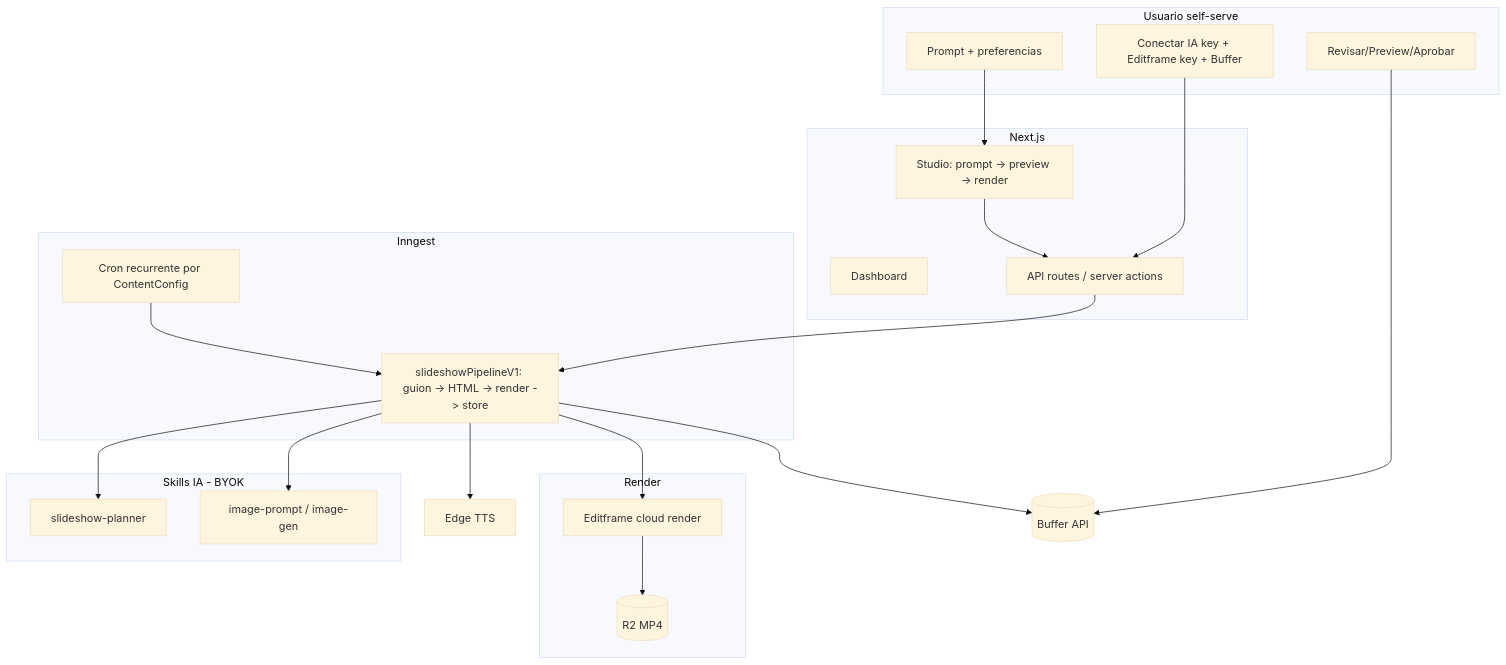
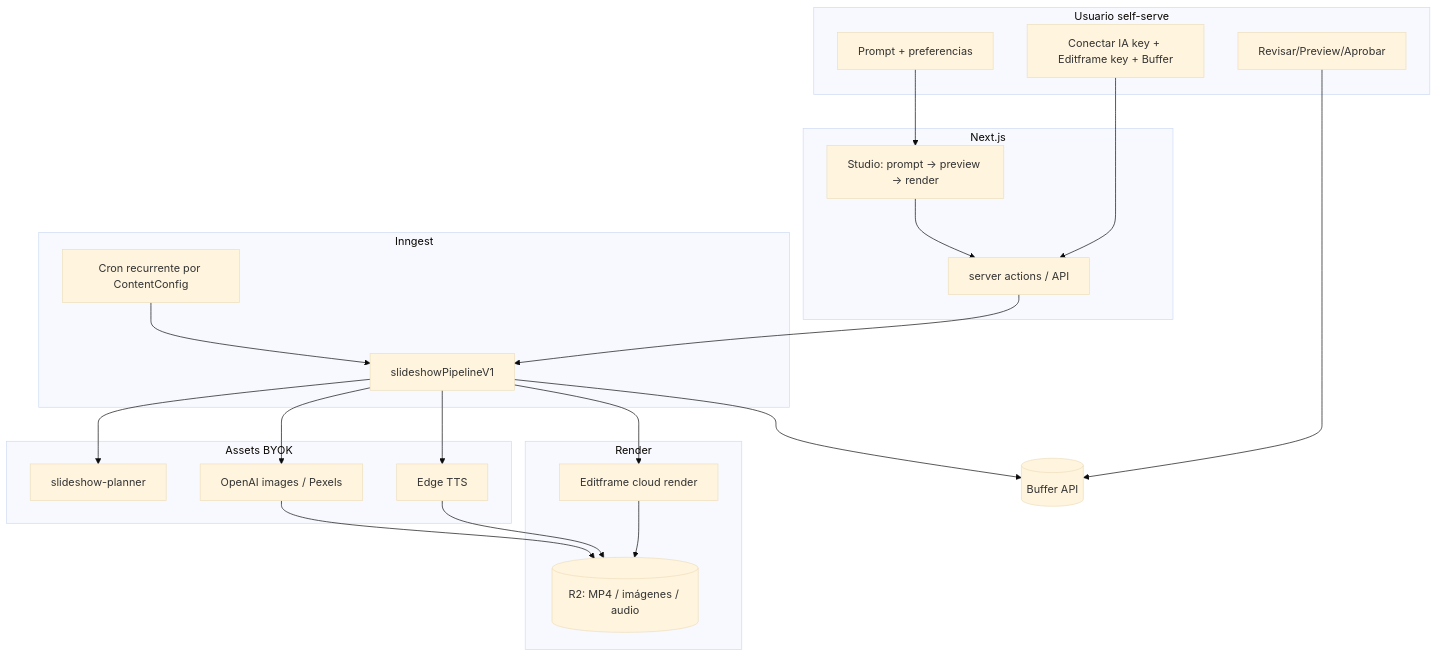
Before and after one commit to LuigiRaffaeleSianoCanoro/FabricaDeContenido: the diagram in docs/PRODUCT_PLAN.md, drawn with Mermaid (base theme). The commit also changed other lines of this file and 1 other file, not shown here.

Commit message:
docs: mark Phase 2 (voice + images) complete and update .env.example

````diff
--- a/docs/PRODUCT_PLAN.md
+++ b/docs/PRODUCT_PLAN.md
@@ -95,36 +98,35 @@
 ```mermaid
 flowchart TB
   subgraph user [Usuario self-serve]
     Prompt[Prompt + preferencias]
     Connect[Conectar IA key + Editframe key + Buffer]
     Review[Revisar/Preview/Aprobar]
   end
   subgraph app [Next.js]
-    UI[Dashboard]
     Studio[Studio: prompt -> preview -> render]
-    API[API routes / server actions]
+    API[server actions / API]
   end
   subgraph orch [Inngest]
     Cron[Cron recurrente por ContentConfig]
-    Pipe[slideshowPipelineV1: guion -> HTML -> render -> store]
+    Pipe[slideshowPipelineV1]
   end
-  subgraph skills [Skills IA - BYOK]
+  subgraph assets [Assets BYOK]
     Plan2[slideshow-planner]
-    Img[image-prompt / image-gen]
+    Img[OpenAI images / Pexels]
+    TTS[Edge TTS]
   end
   subgraph render [Render]
     EF[Editframe cloud render]
-    R2[(R2 MP4)]
+    R2[(R2: MP4 / imágenes / audio)]
   end
   Buffer[(Buffer API)]
-  Prompt --> Studio --> API
+  Prompt --> Studio --> API --> Pipe
   Connect --> API
-  API --> Pipe
   Cron --> Pipe
   Pipe --> Plan2
-  Pipe --> Img
-  Pipe --> TTS[Edge TTS]
+  Pipe --> Img --> R2
+  Pipe --> TTS --> R2
   Pipe --> EF --> R2
   Pipe --> Buffer
   Review --> Buffer
 ```
````
